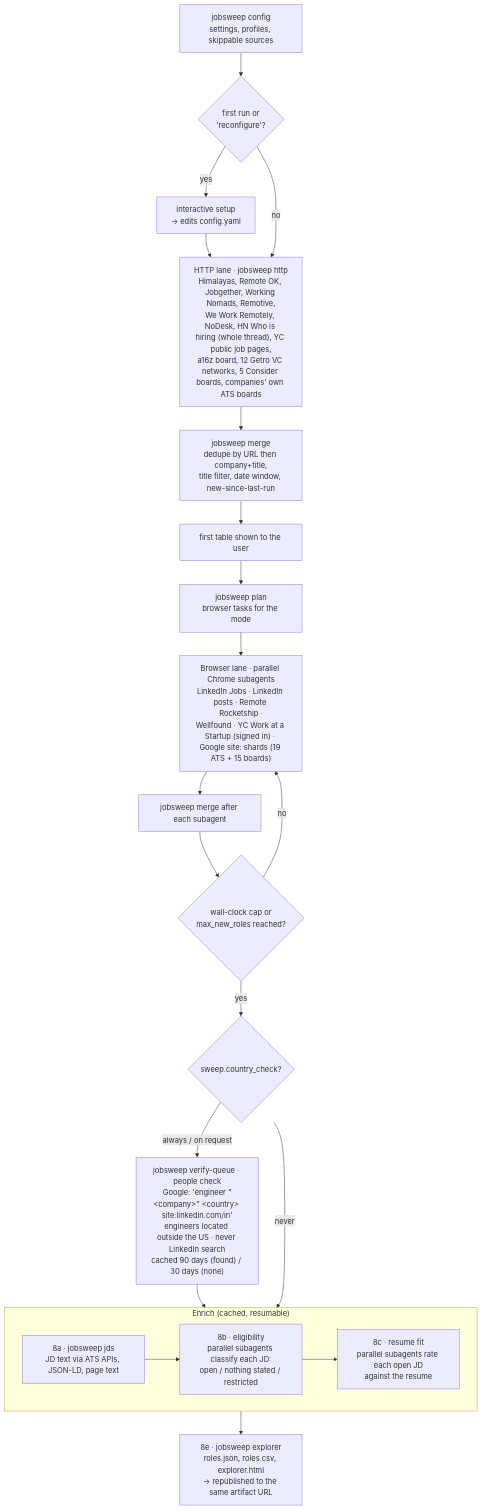
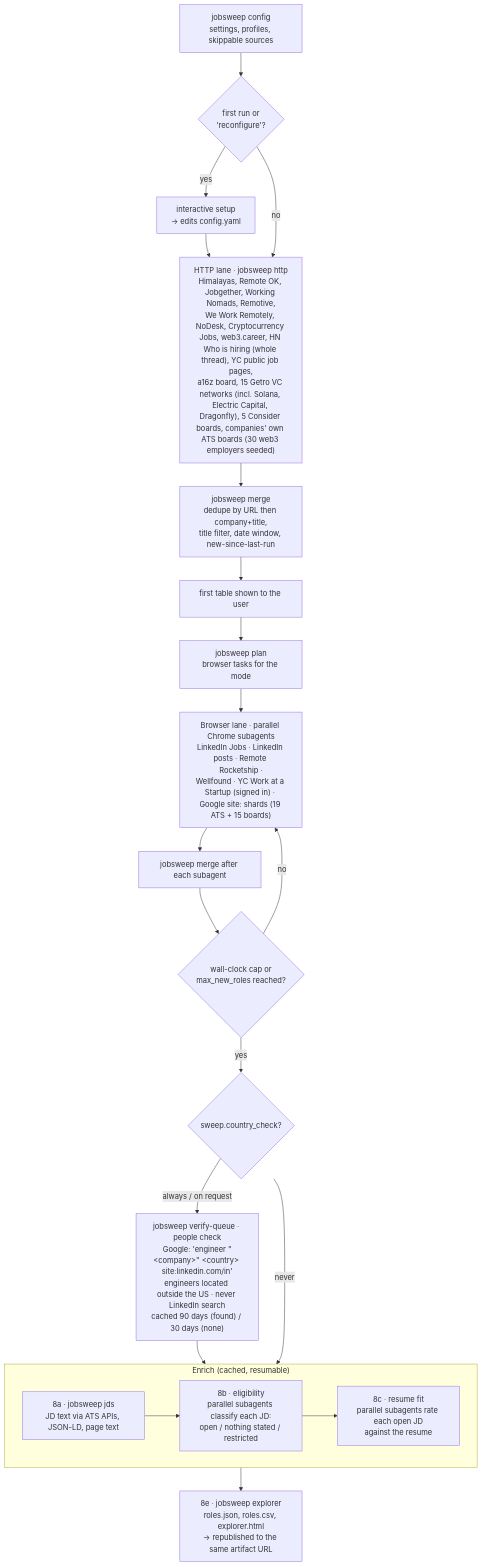
The second of 7 diagrams in README.md (ruanchaves/autopilot), drawn with Mermaid before and after one commit. The commit also changed 10 other files, not shown here.

First line of the commit message:
web3 lane: web3.career + crypto VC boards + seeded web3 employer boards, sector pay rule, hires-worldwide tier rule

````diff
--- a/README.md
+++ b/README.md
@@ -111,25 +111,25 @@
 ```mermaid
 flowchart TD
     cfg["jobsweep config<br/>settings, profiles, skippable sources"] --> setup{"first run or<br/>'reconfigure'?"}
     setup -- yes --> ask["interactive setup<br/>→ edits config.yaml"] --> http
     setup -- no --> http
 
-    http["HTTP lane · jobsweep http<br/>Himalayas, Remote OK, Jobgether, Working Nomads, Remotive,<br/>We Work Remotely, NoDesk, HN Who is hiring (whole thread), YC public job pages,<br/>a16z board, 12 Getro VC networks, 5 Consider boards, companies' own ATS boards"] --> merge1["jobsweep merge<br/>dedupe by URL then company+title,<br/>title filter, date window, new-since-last-run"]
+    http["HTTP lane · jobsweep http<br/>Himalayas, Remote OK, Jobgether, Working Nomads, Remotive,<br/>We Work Remotely, NoDesk, Cryptocurrency Jobs, web3.career, HN Who is hiring (whole thread), YC public job pages,<br/>a16z board, 15 Getro VC networks (incl. Solana, Electric Capital, Dragonfly), 5 Consider boards, companies' own ATS boards (30 web3 employers seeded)"] --> merge1["jobsweep merge<br/>dedupe by URL then company+title,<br/>title filter, date window, new-since-last-run"]
     merge1 --> table1["first table shown to the user"]
     table1 --> plan["jobsweep plan<br/>browser tasks for the mode"]
     plan --> browser["Browser lane · parallel Chrome subagents<br/>LinkedIn Jobs · LinkedIn posts · Remote Rocketship ·<br/>Wellfound · YC Work at a Startup (signed in) · Google site: shards (19 ATS + 15 boards)"]
     browser --> merge2["jobsweep merge after each subagent"]
     merge2 --> stop{"wall-clock cap or<br/>max_new_roles reached?"}
     stop -- no --> browser
     stop -- yes --> country{"sweep.country_check?"}
     country -- "always / on request" --> verify["jobsweep verify-queue · people check<br/>Google: 'engineer &quot;&lt;company&gt;&quot; &lt;country&gt; site:linkedin.com/in'<br/>engineers located outside the US · never LinkedIn search<br/>cached 90 days (found) / 30 days (none)"] --> enrich
     country -- never --> enrich
 
     subgraph enrich["Enrich (cached, resumable)"]
         jds["8a · jobsweep jds<br/>JD text via ATS APIs, JSON-LD, page text"]
         elig["8b · eligibility<br/>parallel subagents classify each JD:<br/>open / nothing stated / restricted"]
         fit["8c · resume fit<br/>parallel subagents rate each open JD<br/>against the resume"]
         jds --> elig --> fit
     end
     enrich --> explorer["8e · jobsweep explorer<br/>roles.json, roles.csv, explorer.html<br/>→ republished to the same artifact URL"]
 ```
````
